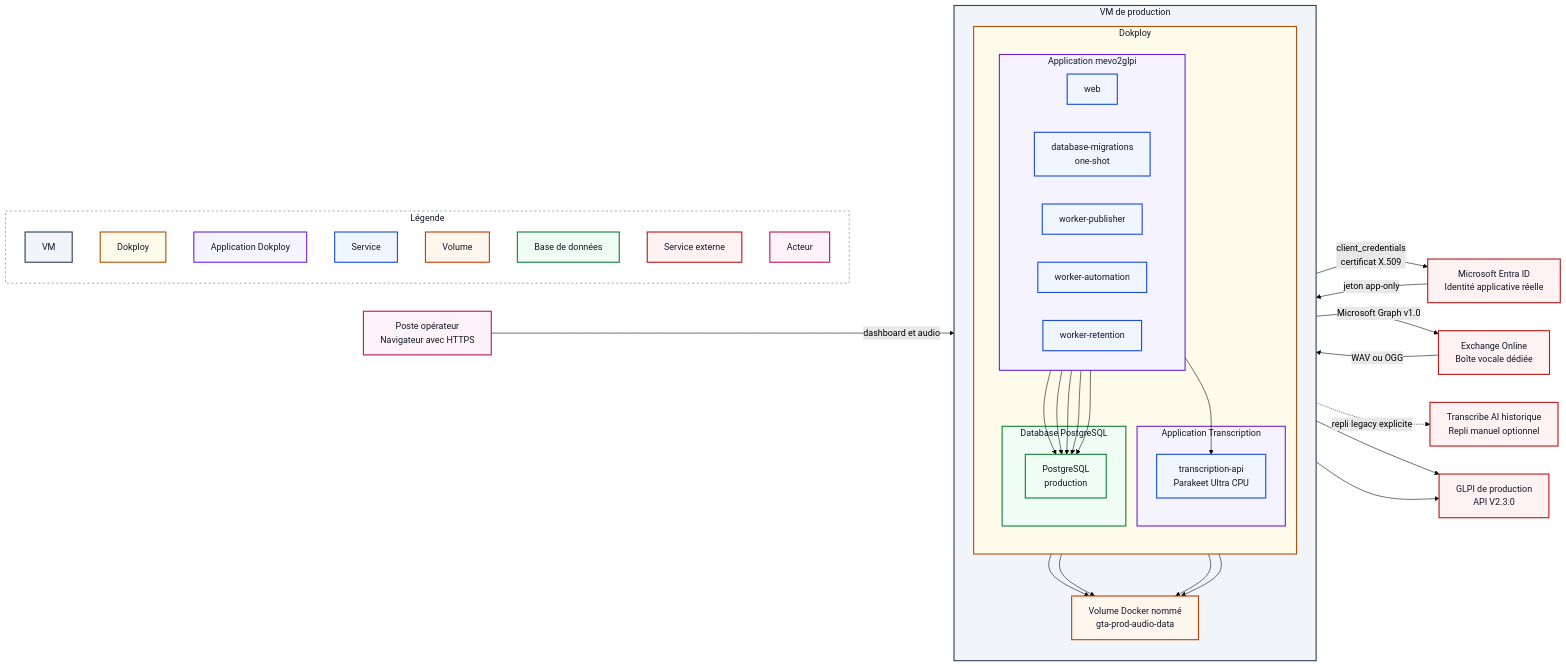
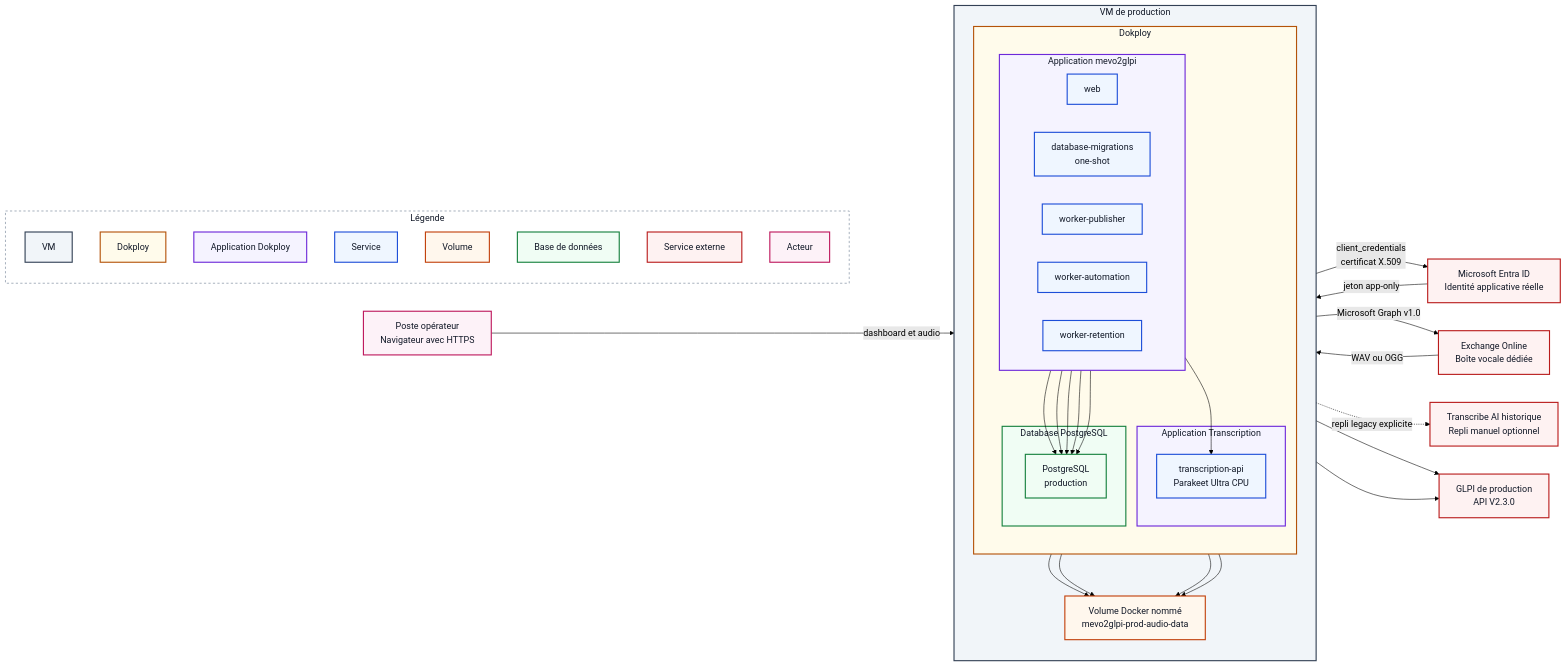
The diagram in docs/procedures/production.md (dev-vauclaire/mevo2glpi), drawn with Mermaid (forest theme) before and after one commit. The commit also changed other lines of this file and 495 other files, not shown here.

First line of the commit message:
refactor(branding)!: rename project to mevo2glpi

````diff
--- a/docs/procedures/production.md
+++ b/docs/procedures/production.md
@@ -41,7 +41,7 @@
                 TRANSCRIBER["transcription-api<br/>Parakeet Ultra CPU"]
             end
 
-            subgraph GTA_APP["Application mevo2glpi"]
+            subgraph MEVO_APP["Application mevo2glpi"]
                 direction LR
                 WEB["web"]
                 MIGRATIONS["database-migrations<br/>one-shot"]
@@ -55,7 +55,7 @@
             end
         end
 
-        AUDIO["Volume Docker nommé<br/>gta-prod-audio-data"]
+        AUDIO["Volume Docker nommé<br/>mevo2glpi-prod-audio-data"]
     end
 
     ENTRA["Microsoft Entra ID<br/>Identité applicative réelle"]
@@ -121,7 +121,7 @@
     style VM fill:#f1f5f9,stroke:#334155,color:#111827,stroke-width:2px
     style DOKPLOY fill:#fffbeb,stroke:#b45309,color:#111827,stroke-width:2px
     style TRANSCRIPTION_APP fill:#f5f3ff,stroke:#6d28d9,color:#111827,stroke-width:2px
-    style GTA_APP fill:#f5f3ff,stroke:#6d28d9,color:#111827,stroke-width:2px
+    style MEVO_APP fill:#f5f3ff,stroke:#6d28d9,color:#111827,stroke-width:2px
     style POSTGRES_APP fill:#f0fdf4,stroke:#15803d,color:#111827,stroke-width:2px
     style LEGEND fill:#ffffff,stroke:#64748b,color:#111827,stroke-dasharray:4 4
 ```
````
